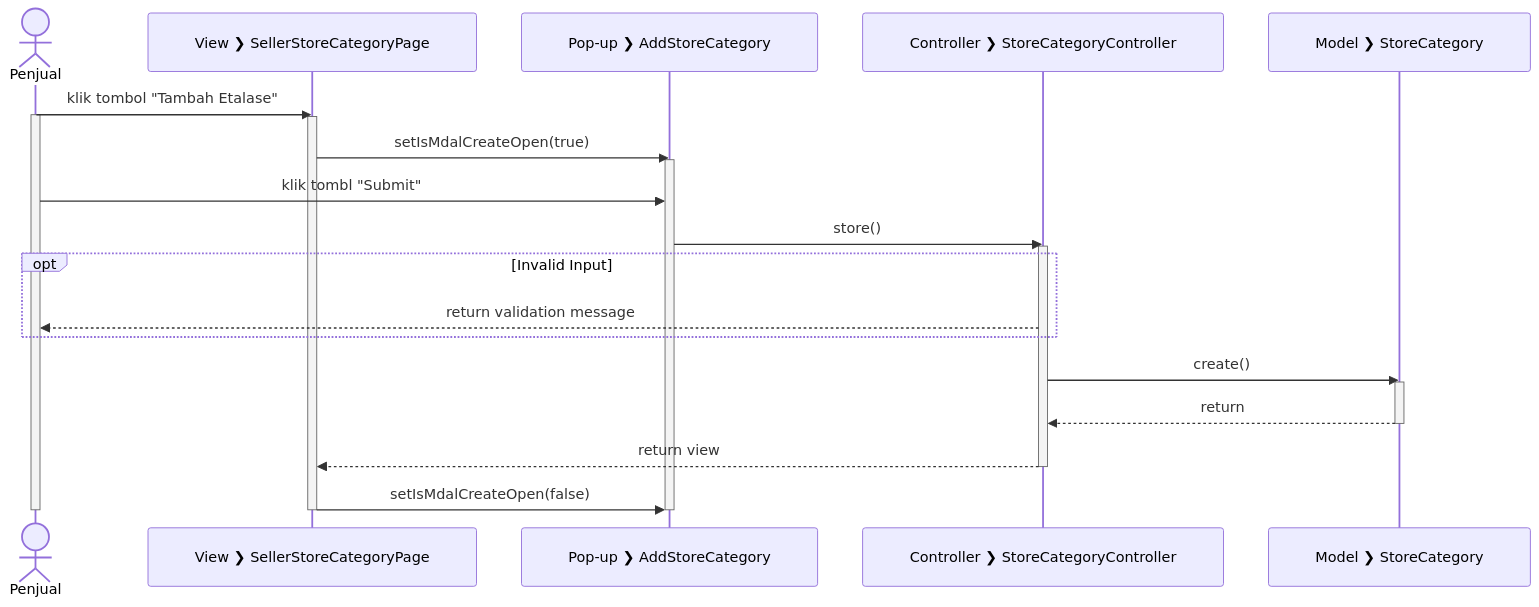
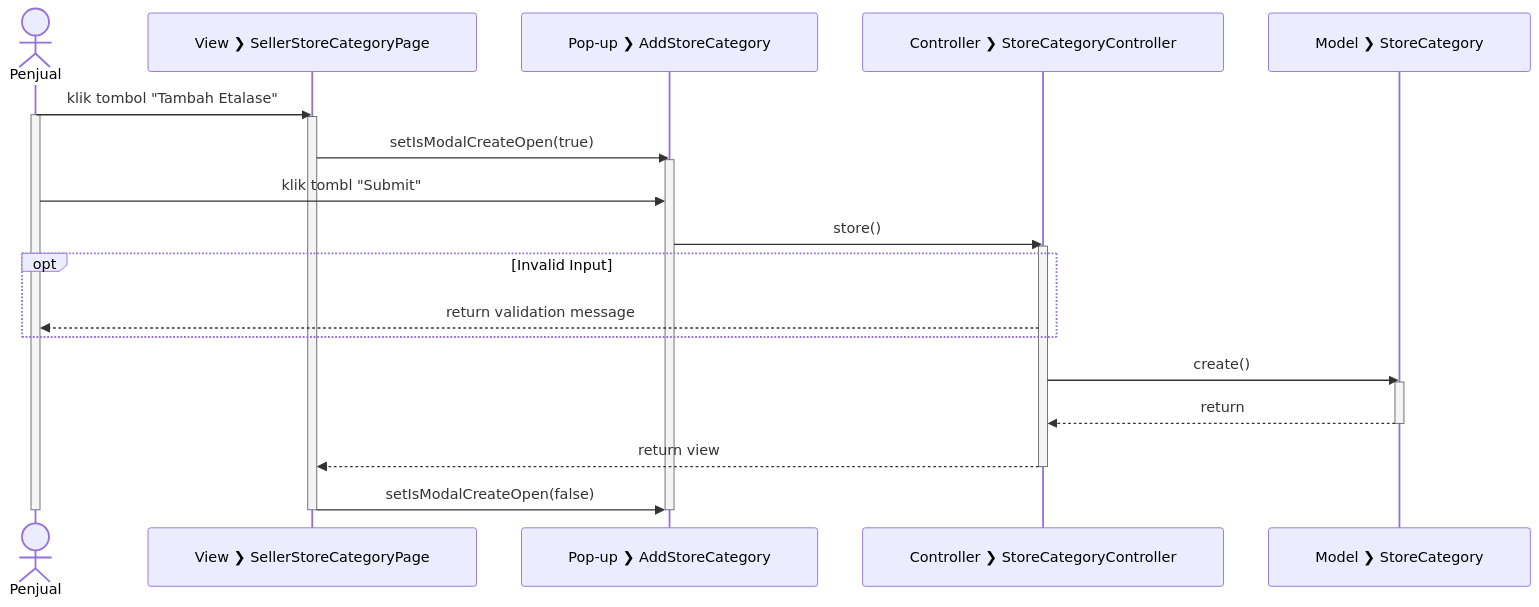
The diagram in sequence/CreateStoreEtalase.mmd (rizalgrandonk/salesprint-diagrams), drawn with Mermaid before and after one commit. The commit also changed 11 other files, not shown here.

```diff
--- a/sequence/CreateStoreEtalase.mmd
+++ b/sequence/CreateStoreEtalase.mmd
@@ -1,44 +1,44 @@
 sequenceDiagram
   actor Penjual
   participant V_SCP as View #10095; SellerStoreCategoryPage
   participant P_ASC as Pop-up #10095; AddStoreCategory
   participant C_SC as Controller #10095; StoreCategoryController
   participant M_SC as Model #10095; StoreCategory
 
   Penjual->>V_SCP: klik tombol "Tambah Etalase"
   
   activate Penjual
 
   activate V_SCP
 
-  V_SCP->>P_ASC: setIsMdalCreateOpen(true)
+  V_SCP->>P_ASC: setIsModalCreateOpen(true)
 
   activate P_ASC
 
   Penjual->>P_ASC: klik tombl "Submit"
   P_ASC->>C_SC: store()
 
   activate C_SC
 
   opt Invalid Input
     C_SC-->>Penjual: return validation message
   end
 
   C_SC->>M_SC: create()
   
   activate M_SC
   
   M_SC-->>C_SC: return
 
   deactivate M_SC
 
   C_SC-->>V_SCP: return view
 
   deactivate C_SC
   
-  V_SCP->>P_ASC: setIsMdalCreateOpen(false)
+  V_SCP->>P_ASC: setIsModalCreateOpen(false)
 
   deactivate P_ASC
   deactivate V_SCP
   
   deactivate Penjual
```
